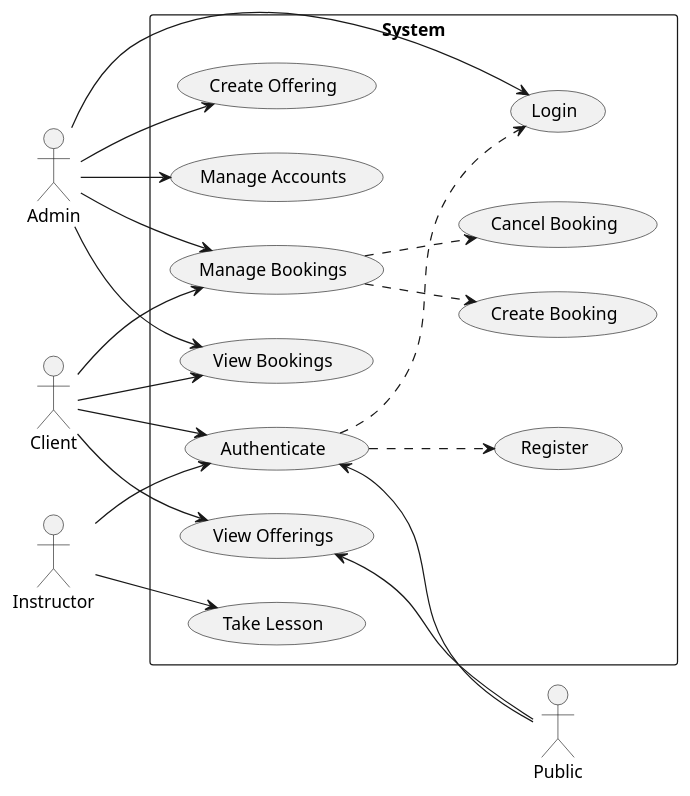
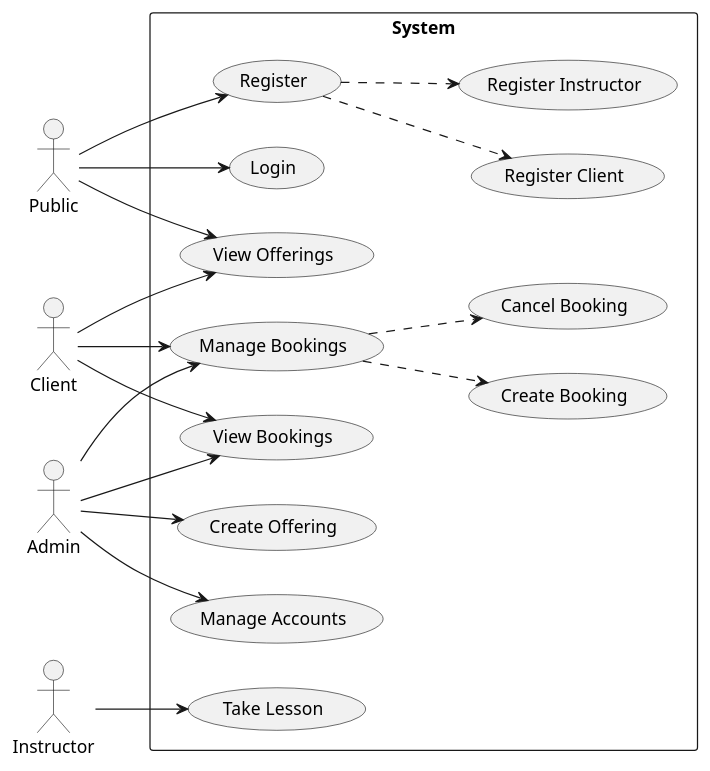
One commit to NathanGrenier/SOEN-342-Project changed the diagram in diagrams/src/use-case-diagram.pu. Above: the diagram before and after it, drawn with PlantUML.

Commit message:
0: restructure, only public can login and register

```diff
--- a/diagrams/src/use-case-diagram.pu
+++ b/diagrams/src/use-case-diagram.pu
@@ -1,46 +1,45 @@
 @startuml Use Case Diagram
 left to right direction
 ' skinparam linetype ortho
 
 
 actor Public
 actor Client
 actor Instructor
 actor Admin
 
 rectangle System {
     usecase "Register" as Register
     usecase "Take Lesson" as TakeOffer
     usecase "View Offerings" as ViewOfferings
     usecase "Login" as Login
     usecase "Create Booking" as CreateBooking
     usecase "Cancel Booking" as CancelBooking
-    usecase "Authenticate" as Auth
+    usecase "Register Client" as RegisterClient
+    usecase "Register Instructor" as RegisterInstructor
     usecase "View Bookings" as ViewBookings
     usecase "Manage Accounts" as ManageAccount
     usecase "Create Offering" as CreateOffer
     usecase "Manage Bookings" as ManageBooking
 }
 
-ViewOfferings <-- Public
-Auth <-- Public
+Public --> ViewOfferings
+Public --> Register
+Public --> Login
 Client --> ManageBooking
-Client --> Auth
 Client --> ViewOfferings
 Client --> ViewBookings
 
 ManageBooking ..> CreateBooking
 ManageBooking ..> CancelBooking
 
-Auth ..> Login
-Auth ..> Register
+Register ..> RegisterClient
+Register ..> RegisterInstructor
 
-Instructor --> Auth 
 Instructor --> TakeOffer
 
-Admin --> Login
 Admin --> CreateOffer
 Admin --> ManageAccount
 Admin --> ViewBookings
 Admin --> ManageBooking
 @enduml
```
